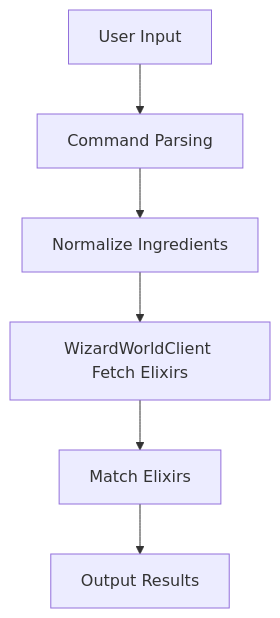
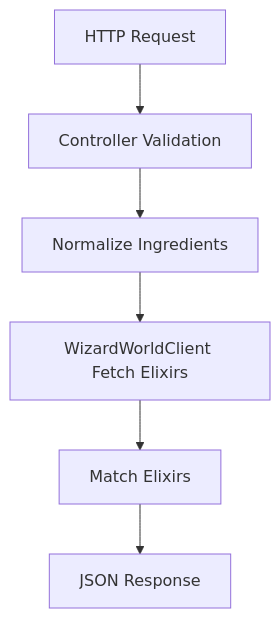
The first of 4 diagrams in architecture.md (prasadkeerthi/nitro-wizard-takehome), drawn with Mermaid before and after one commit. The commit also changed other lines of this file and 51 other files, not shown here.

````diff
--- a/architecture.md
+++ b/architecture.md
@@ -19,8 +19,8 @@
 ```mermaid
 flowchart TD
-    A[User Input] --> B[Command Parsing]
+    A[HTTP Request] --> B[Controller Validation]
     B --> C[Normalize Ingredients]
     C --> D[WizardWorldClient Fetch Elixirs]
     D --> E[Match Elixirs]
-    E --> F[Output Results]
+    E --> F[JSON Response]
 ```
````
